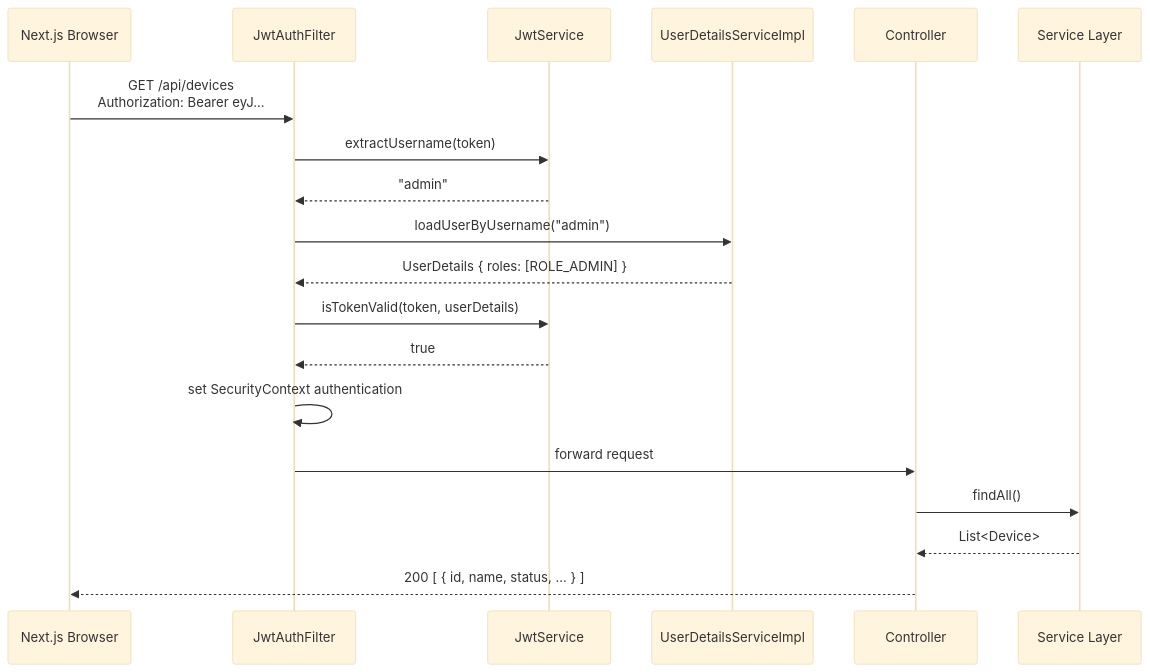
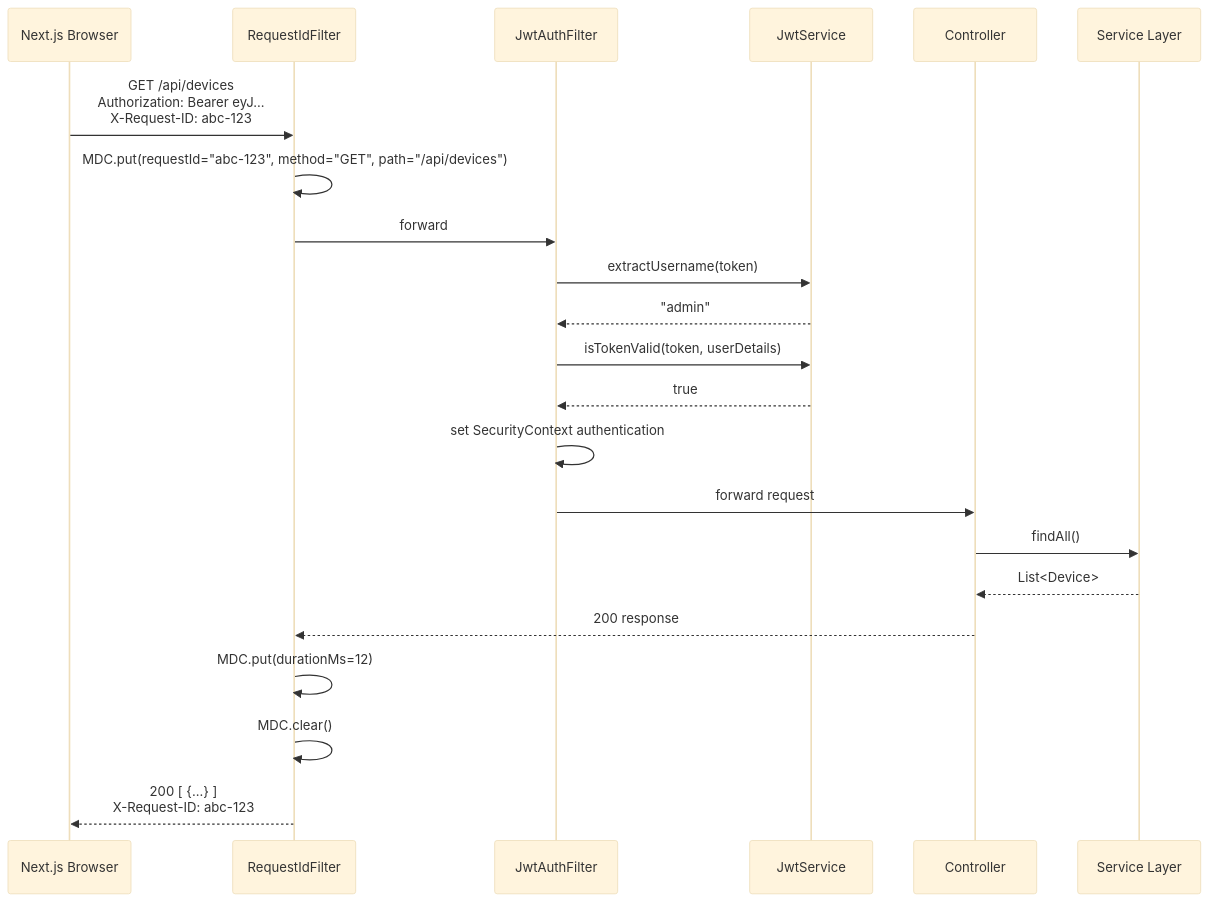
One commit to thitipongroo/sentinel-iot-platform changed the fifth of 9 diagrams in docs/sequence-diagrams.md. Above: the diagram before and after it, drawn with Mermaid (base theme). The commit also changed other lines of this file and 4 other files, not shown here.

````diff
--- a/docs/sequence-diagrams.md
+++ b/docs/sequence-diagrams.md
@@ -89,24 +187,27 @@
 ```mermaid
 sequenceDiagram
     participant Browser as Next.js Browser
+    participant RID as RequestIdFilter
     participant FILTER as JwtAuthFilter
     participant JWT as JwtService
-    participant UDS as UserDetailsServiceImpl
     participant CTRL as Controller
     participant SVC as Service Layer
 
-    Browser->>FILTER: GET /api/devices<br/>Authorization: Bearer eyJ...
+    Browser->>RID: GET /api/devices<br/>Authorization: Bearer eyJ...<br/>X-Request-ID: abc-123
+    RID->>RID: MDC.put(requestId="abc-123", method="GET", path="/api/devices")
+    RID->>FILTER: forward
+
     FILTER->>JWT: extractUsername(token)
     JWT-->>FILTER: "admin"
-    FILTER->>UDS: loadUserByUsername("admin")
-    UDS-->>FILTER: UserDetails { roles: [ROLE_ADMIN] }
     FILTER->>JWT: isTokenValid(token, userDetails)
     JWT-->>FILTER: true
-
     FILTER->>FILTER: set SecurityContext authentication
 
     FILTER->>CTRL: forward request
     CTRL->>SVC: findAll()
     SVC-->>CTRL: List<Device>
-    CTRL-->>Browser: 200 [ { id, name, status, ... } ]
+    CTRL-->>RID: 200 response
+    RID->>RID: MDC.put(durationMs=12)
+    RID->>RID: MDC.clear()
+    RID-->>Browser: 200 [ {...} ]<br/>X-Request-ID: abc-123
 ```
````
